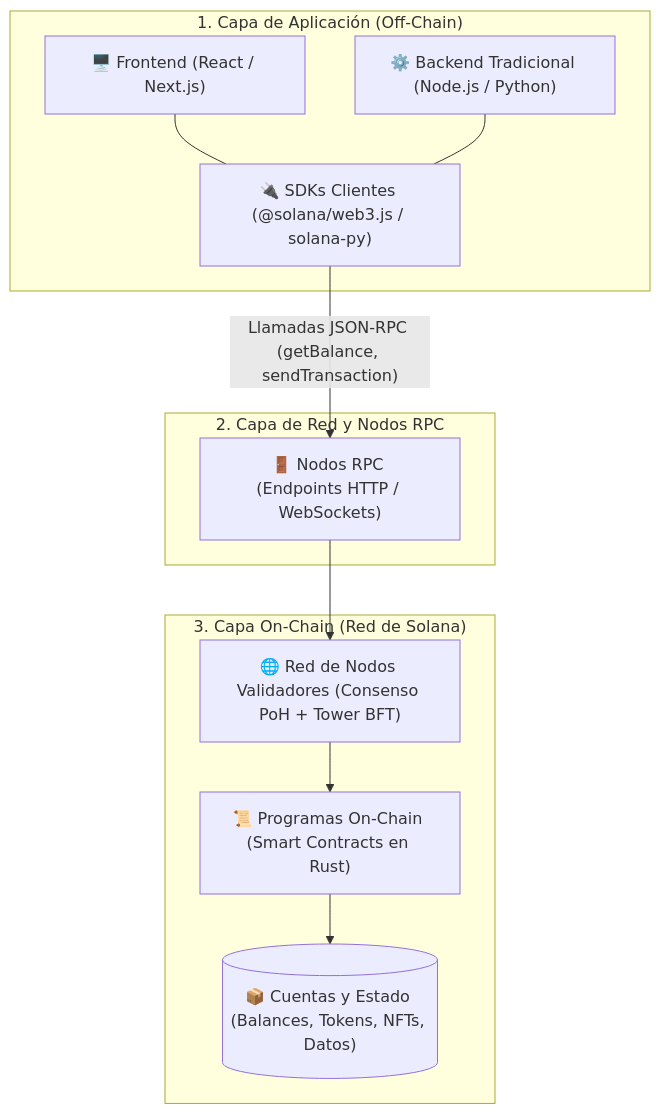
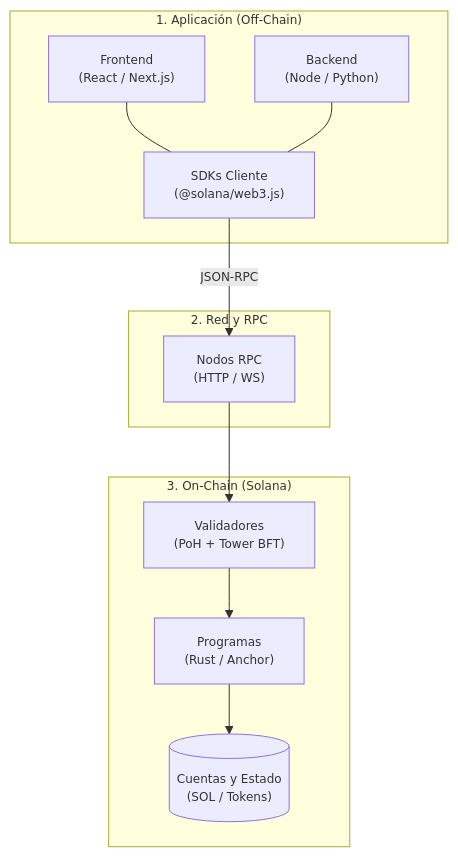
One commit to kernel-devs-lab/lab changed the diagram in conceptos/03-solana-y-arquitectura.md. Above: the diagram before and after it, drawn with Mermaid. The commit also changed 4 other files, not shown here.

Commit message:
fix(docs): acortar etiquetas y ajustar fuente en diagramas mermaid

````diff
--- a/conceptos/03-solana-y-arquitectura.md
+++ b/conceptos/03-solana-y-arquitectura.md
@@ -17,25 +17,26 @@
 ```mermaid
+%%{init: {'themeVariables': {'fontSize': '12px', 'fontFamily': 'arial'}}}%%
 flowchart TD
-    subgraph Capa1["1. Capa de Aplicación (Off-Chain)"]
-        UI["🖥️ Frontend (React / Next.js)"]
-        Back["⚙️ Backend Tradicional (Node.js / Python)"]
-        SDK["🔌 SDKs Clientes (@solana/web3.js / solana-py)"]
+    subgraph Capa1["1. Aplicación (Off-Chain)"]
+        UI["Frontend<br/>(React / Next.js)"]
+        Back["Backend<br/>(Node / Python)"]
+        SDK["SDKs Cliente<br/>(@solana/web3.js)"]
         UI --- SDK
         Back --- SDK
     end
 
-    subgraph Capa2["2. Capa de Red y Nodos RPC"]
-        RPC["🚪 Nodos RPC (Endpoints HTTP / WebSockets)"]
-        SDK -->|"Llamadas JSON-RPC (getBalance, sendTransaction)"| RPC
+    subgraph Capa2["2. Red y RPC"]
+        RPC["Nodos RPC<br/>(HTTP / WS)"]
+        SDK -->|"JSON-RPC"| RPC
     end
 
-    subgraph Capa3["3. Capa On-Chain (Red de Solana)"]
-        Validators["🌐 Red de Nodos Validadores (Consenso PoH + Tower BFT)"]
-        Programs["📜 Programas On-Chain (Smart Contracts en Rust)"]
-        Accounts[("📦 Cuentas y Estado (Balances, Tokens, NFTs, Datos)")]
+    subgraph Capa3["3. On-Chain (Solana)"]
+        Validators["Validadores<br/>(PoH + Tower BFT)"]
+        Programs["Programas<br/>(Rust / Anchor)"]
+        Accounts[("Cuentas y Estado<br/>(SOL / Tokens)")]
         
         RPC --> Validators
         Validators --> Programs
         Programs --> Accounts
     end
 ```
````
